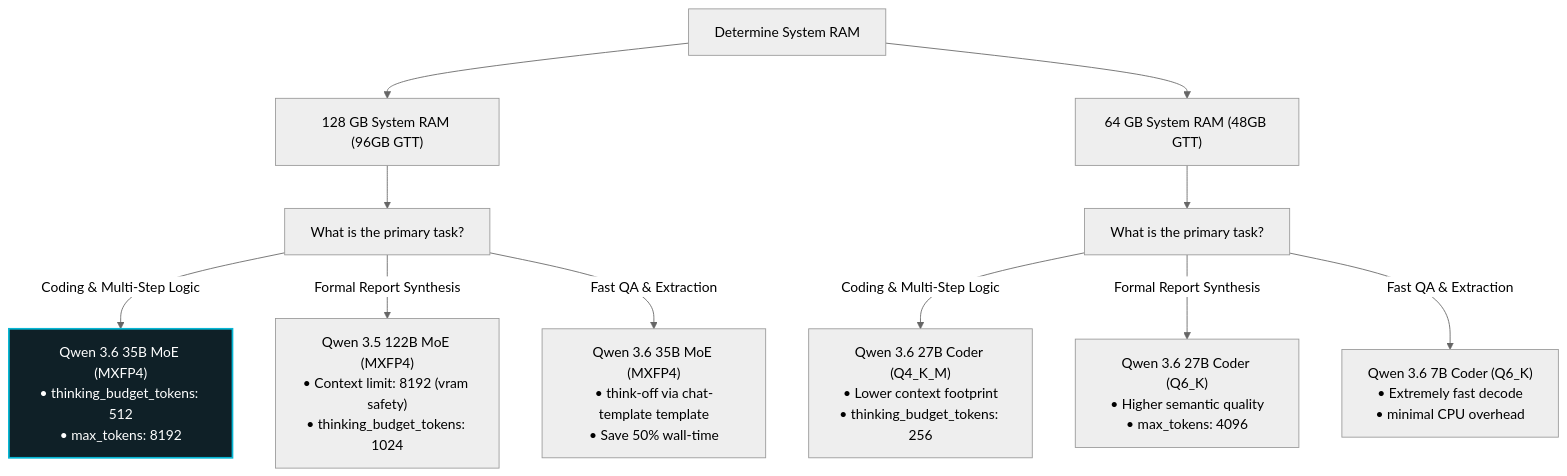
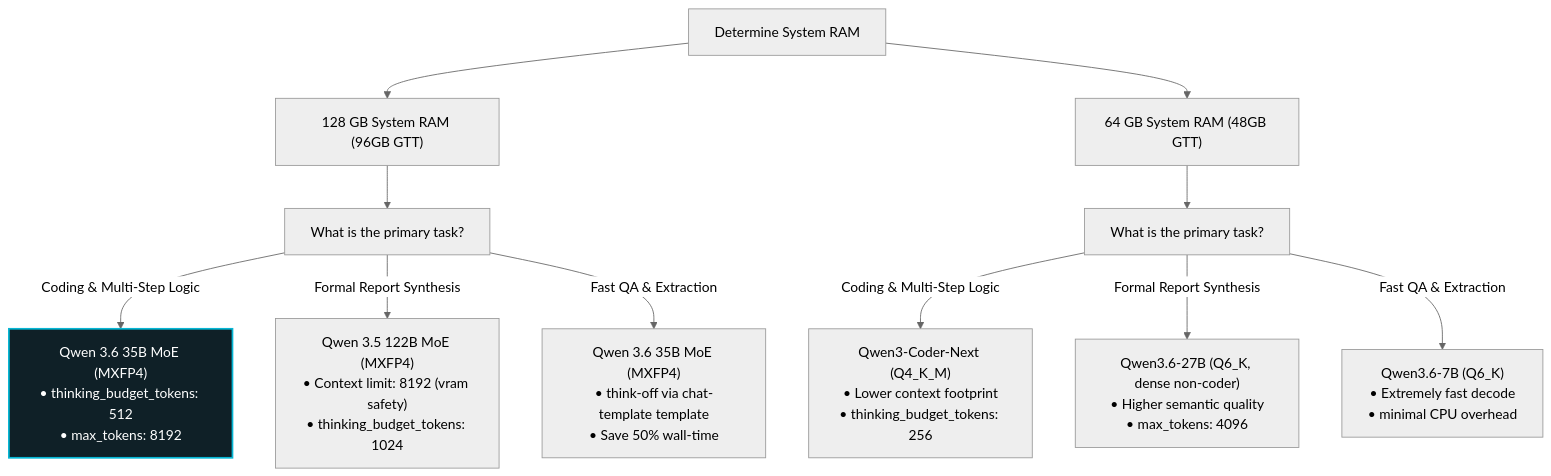
The diagram in reference/decision-tree.md (boxwrench/tesla_agent), drawn with Mermaid (neutral theme) before and after one commit. The commit also changed 9 other files, not shown here.

````diff
--- a/reference/decision-tree.md
+++ b/reference/decision-tree.md
@@ -5,24 +5,24 @@
 ```mermaid
 graph TD
     Start["Determine System RAM"] --> RAM128["128 GB System RAM (96GB GTT)"]
     Start --> RAM64["64 GB System RAM (48GB GTT)"]
     
     %% 128 GB Branch
     RAM128 --> Goal128["What is the primary task?"]
     
     Goal128 -->|Coding & Multi-Step Logic| Code128["Qwen 3.6 35B MoE (MXFP4)<br/>• thinking_budget_tokens: 512<br/>• max_tokens: 8192"]
     style Code128 fill:#0f2027,stroke:#06b6d4,stroke-width:2px,color:#fff
     
     Goal128 -->|Formal Report Synthesis| Synth128["Qwen 3.5 122B MoE (MXFP4)<br/>• Context limit: 8192 (vram safety)<br/>• thinking_budget_tokens: 1024"]
     
     Goal128 -->|Fast QA & Extraction| Ext128["Qwen 3.6 35B MoE (MXFP4)<br/>• think-off via chat-template template<br/>• Save 50% wall-time"]
     
     %% 64 GB Branch
     RAM64 --> Goal64["What is the primary task?"]
     
-    Goal64 -->|Coding & Multi-Step Logic| Code64["Qwen 3.6 27B Coder (Q4_K_M)<br/>• Lower context footprint<br/>• thinking_budget_tokens: 256"]
+    Goal64 -->|Coding & Multi-Step Logic| Code64["Qwen3-Coder-Next (Q4_K_M)<br/>• Lower context footprint<br/>• thinking_budget_tokens: 256"]
     
-    Goal64 -->|Formal Report Synthesis| Synth64["Qwen 3.6 27B Coder (Q6_K)<br/>• Higher semantic quality<br/>• max_tokens: 4096"]
+    Goal64 -->|Formal Report Synthesis| Synth64["Qwen3.6-27B (Q6_K, dense non-coder)<br/>• Higher semantic quality<br/>• max_tokens: 4096"]
     
-    Goal64 -->|Fast QA & Extraction| Ext64["Qwen 3.6 7B Coder (Q6_K)<br/>• Extremely fast decode<br/>• minimal CPU overhead"]
+    Goal64 -->|Fast QA & Extraction| Ext64["Qwen3.6-7B (Q6_K)<br/>• Extremely fast decode<br/>• minimal CPU overhead"]
 ```
````
